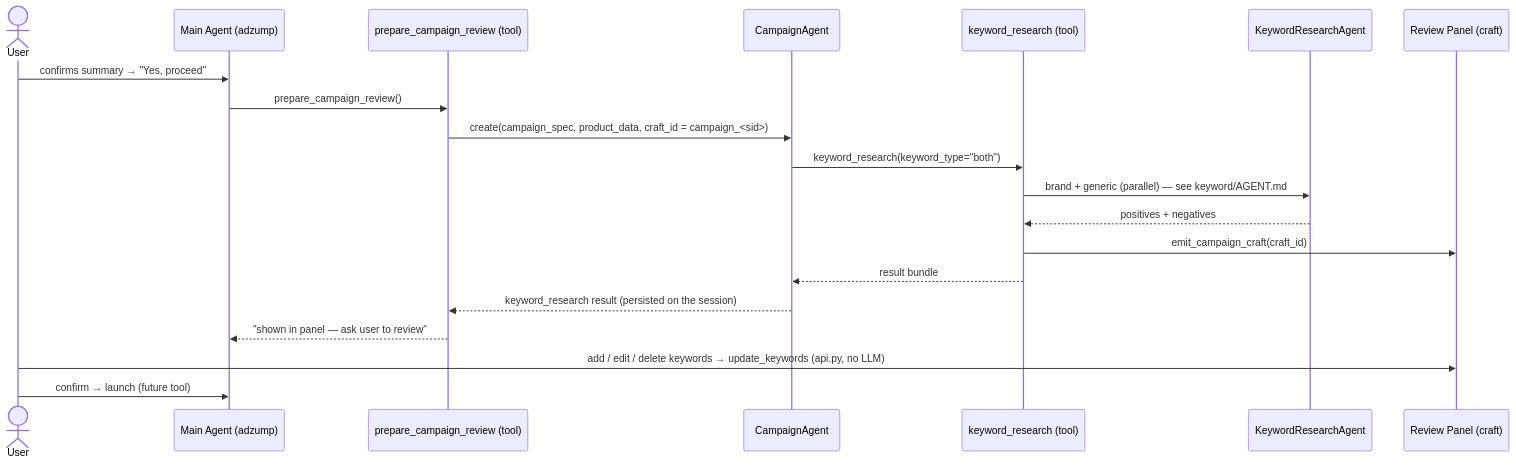
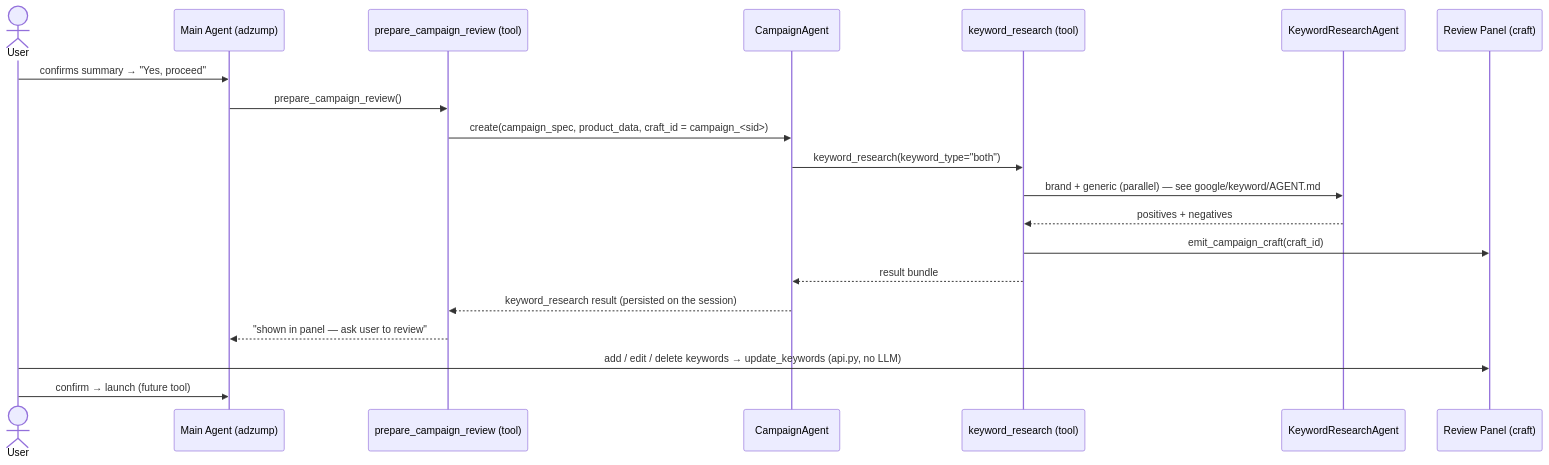
The diagram in app/agents/adzump/agents/campaign/AGENT.md (modlix-india/nocode-ai), drawn with Mermaid before and after one commit. The commit also changed other lines of this file and 13 other files, not shown here.

Commit message:
refactor(adzump): relocate keyword package under campaign/google; harden panel edits and taxonomy fail-soft

````diff
--- a/app/agents/adzump/agents/campaign/AGENT.md
+++ b/app/agents/adzump/agents/campaign/AGENT.md
@@ -19,23 +19,23 @@
 ```mermaid
 sequenceDiagram
     actor User
     participant Main as Main Agent (adzump)
     participant CC as prepare_campaign_review (tool)
     participant CA as CampaignAgent
     participant KR as keyword_research (tool)
     participant KA as KeywordResearchAgent
     participant Panel as Review Panel (craft)
 
     User->>Main: confirms summary → "Yes, proceed"
     Main->>CC: prepare_campaign_review()
     CC->>CA: create(campaign_spec, product_data, craft_id = campaign_<sid>)
     CA->>KR: keyword_research(keyword_type="both")
-    KR->>KA: brand + generic (parallel) — see keyword/AGENT.md
+    KR->>KA: brand + generic (parallel) — see google/keyword/AGENT.md
     KA-->>KR: positives + negatives
     KR->>Panel: emit_campaign_craft(craft_id)
     KR-->>CA: result bundle
     CA-->>CC: keyword_research result (persisted on the session)
     CC-->>Main: "shown in panel — ask user to review"
     User->>Panel: add / edit / delete keywords → update_keywords (api.py, no LLM)
     User->>Main: confirm → launch (future tool)
 ```
````
